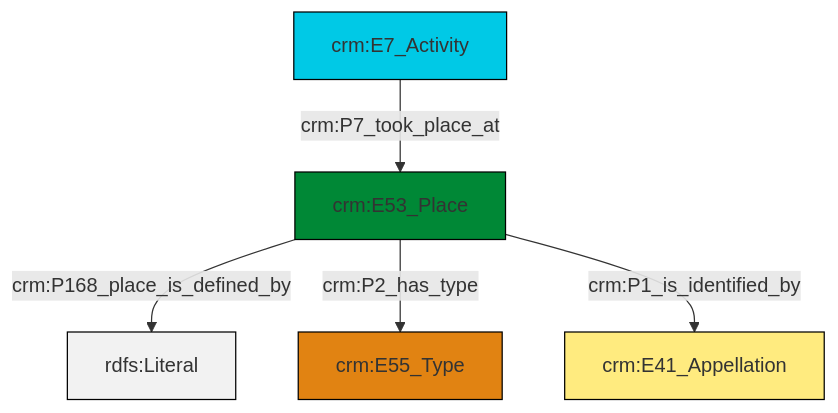
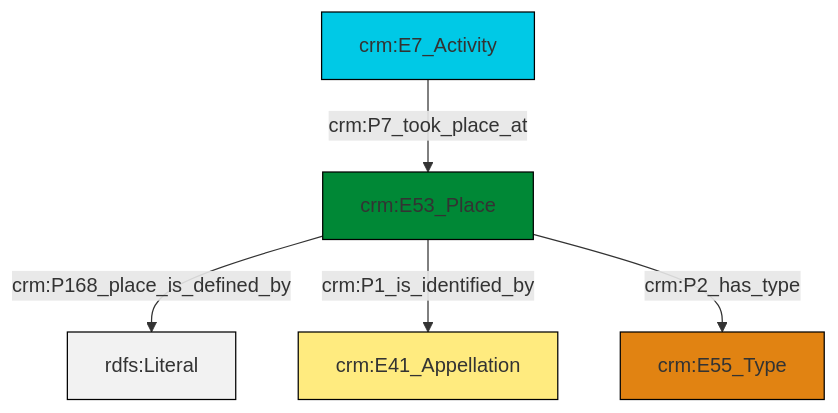
Before and after one commit to swiss-art-research-net/docs.swissartresearch: the diagram in et/eventCSV/ttl/mmd/event_location.ttl.mmd, drawn with Mermaid. The commit also changed 176 other files, not shown here.

```diff
--- a/et/eventCSV/ttl/mmd/event_location.ttl.mmd
+++ b/et/eventCSV/ttl/mmd/event_location.ttl.mmd
@@ -1,19 +1,19 @@
 graph TD
 classDef Literal fill:#f2f2f2,stroke:#000000;
 classDef CRM_Entity fill:#FFFFFF,stroke:#000000;
 classDef Temporal_Entity fill:#00C9E6, stroke:#000000;
 classDef Type fill:#E18312, stroke:#000000;
 classDef Time-Span fill:#2C9C91, stroke:#000000;
 classDef Appellation fill:#FFEB7F, stroke:#000000;
 classDef Place fill:#008836, stroke:#000000;
 classDef Persistent_Item fill:#B266B2, stroke:#000000;
 classDef Conceptual_Object fill:#FFD700, stroke:#000000;
 classDef Physical_Thing fill:#D2B48C, stroke:#000000;
 classDef Actor fill:#f58aad, stroke:#000000;
 classDef PC_Classes fill:#4ce600, stroke:#000000;
 classDef Multi fill:#cccccc,stroke:#000000;
 
-2["crm:E53_Place"]:::Place -->|crm:P168_place_is_defined_by| 3[rdfs:Literal]:::Literal
-2["crm:E53_Place"]:::Place -->|crm:P2_has_type| 4["crm:E55_Type"]:::Type
-2["crm:E53_Place"]:::Place -->|crm:P1_is_identified_by| 0["crm:E41_Appellation"]:::Appellation
-6["crm:E7_Activity"]:::Temporal_Entity -->|crm:P7_took_place_at| 2["crm:E53_Place"]:::Place
+0["crm:E53_Place"]:::Place -->|crm:P168_place_is_defined_by| 1[rdfs:Literal]:::Literal
+0["crm:E53_Place"]:::Place -->|crm:P1_is_identified_by| 2["crm:E41_Appellation"]:::Appellation
+0["crm:E53_Place"]:::Place -->|crm:P2_has_type| 3["crm:E55_Type"]:::Type
+4["crm:E7_Activity"]:::Temporal_Entity -->|crm:P7_took_place_at| 0["crm:E53_Place"]:::Place
```
